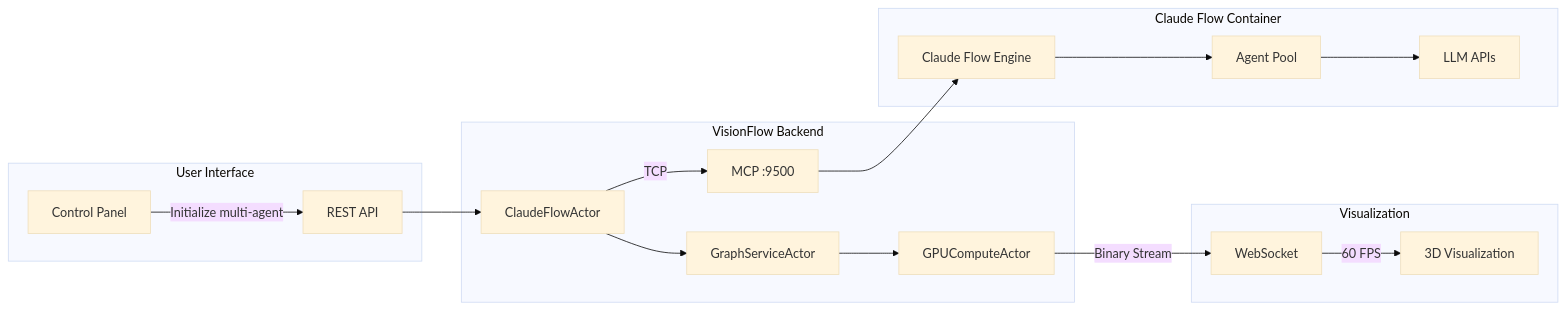
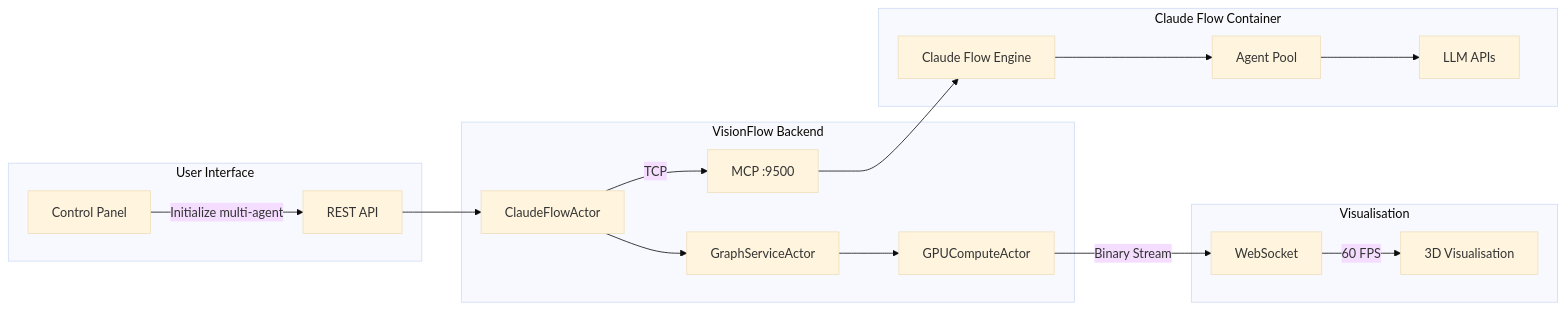
One commit to DreamLab-AI/VisionFlow changed the diagram in docs/server/agent-swarm.md. Above: the diagram before and after it, drawn with Mermaid (base theme). The commit also changed other lines of this file and 215 other files, not shown here.

````diff
--- a/docs/server/agent-swarm.md
+++ b/docs/server/agent-swarm.md
@@ -9,24 +11,24 @@
 ```mermaid
 graph LR
     subgraph "User Interface"
         UI[Control Panel] --> |Initialize multi-agent| API[REST API]
     end
 
     subgraph "VisionFlow Backend"
         API --> CFA[ClaudeFlowActor]
         CFA --> |TCP| MCP[MCP :9500]
         CFA --> GSA[GraphServiceActor]
         GSA --> GPU[GPUComputeActor]
     end
 
     subgraph "Claude Flow Container"
         MCP --> CF[Claude Flow Engine]
         CF --> POOL[Agent Pool]
         POOL --> LLM[LLM APIs]
     end
 
-    subgraph "Visualization"
+    subgraph "Visualisation"
         GPU --> |Binary Stream| WS[WebSocket]
-        WS --> |60 FPS| V3D[3D Visualization]
+        WS --> |60 FPS| V3D[3D Visualisation]
     end
 ```
````
